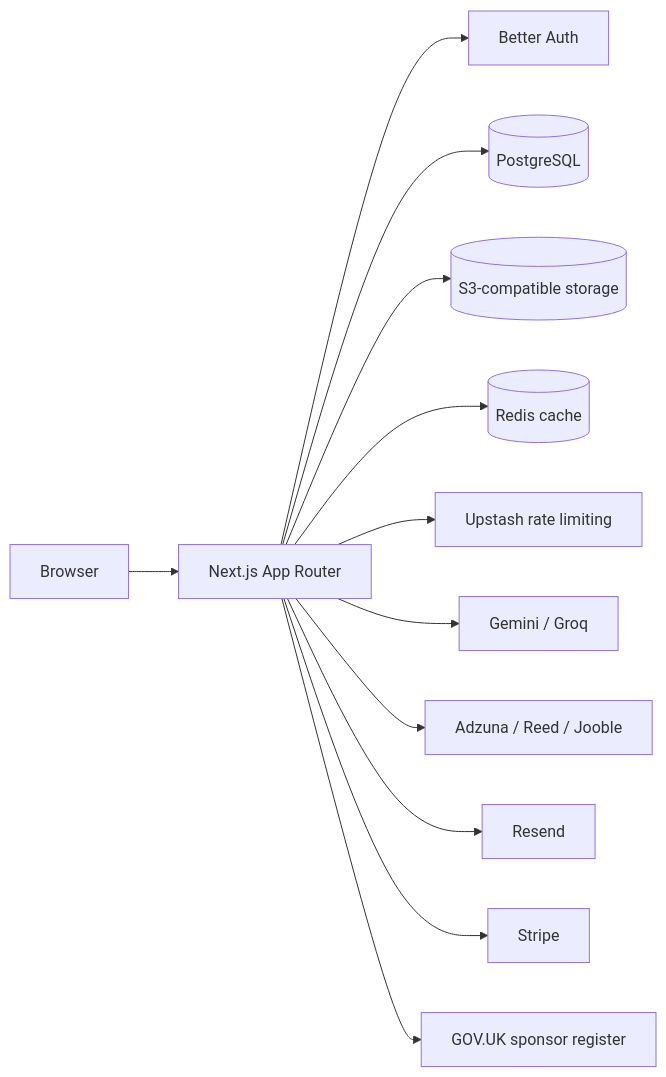
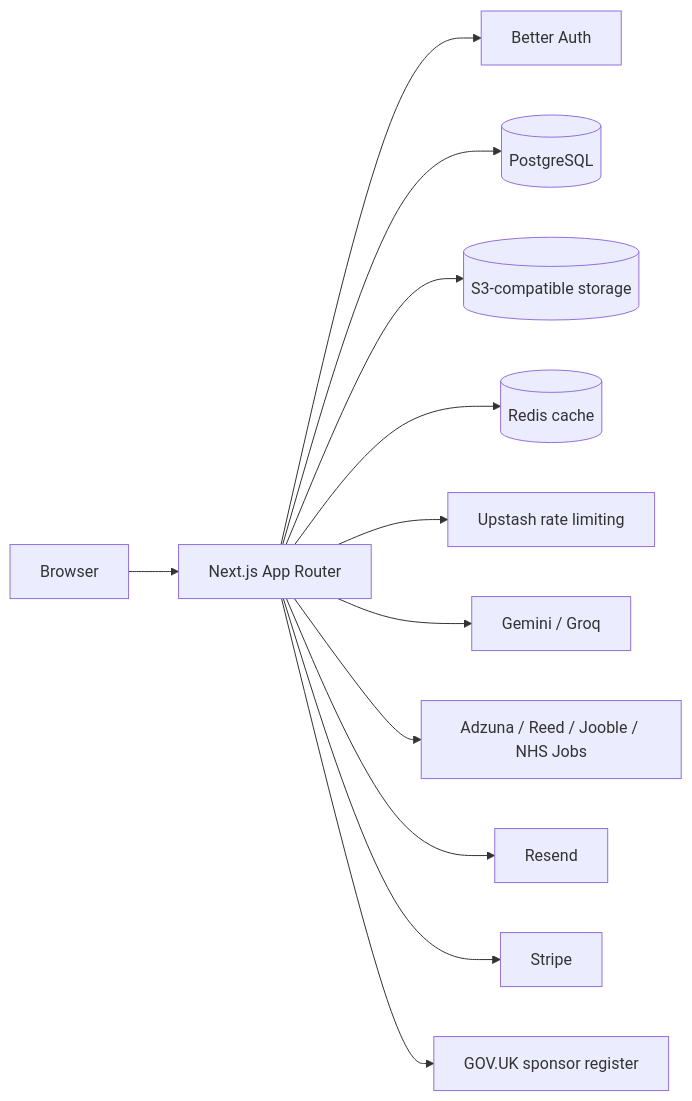
Before and after one commit to mirzahussnain/align: the first of 2 diagrams in docs/ARCHITECTURE.md, drawn with Mermaid. The commit also changed 16 other files, not shown here.

Commit message:
feat: integrate NHS Jobs search

````diff
--- a/docs/ARCHITECTURE.md
+++ b/docs/ARCHITECTURE.md
@@ -9,14 +9,14 @@
 ```mermaid
 flowchart LR
   U[Browser] --> N[Next.js App Router]
   N --> A[Better Auth]
   N --> D[(PostgreSQL)]
   N --> S[(S3-compatible storage)]
   N --> R[(Redis cache)]
   N --> Q[Upstash rate limiting]
   N --> AI[Gemini / Groq]
-  N --> J[Adzuna / Reed / Jooble]
+  N --> J[Adzuna / Reed / Jooble / NHS Jobs]
   N --> E[Resend]
   N --> B[Stripe]
   N --> G[GOV.UK sponsor register]
 ```
````
